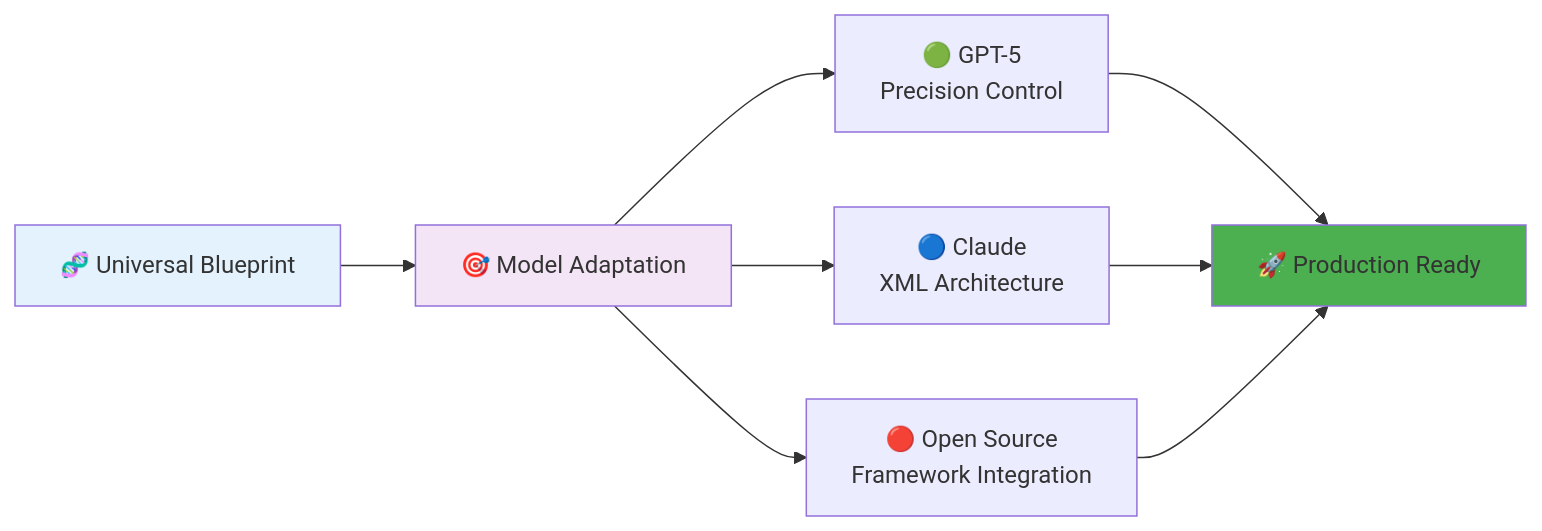
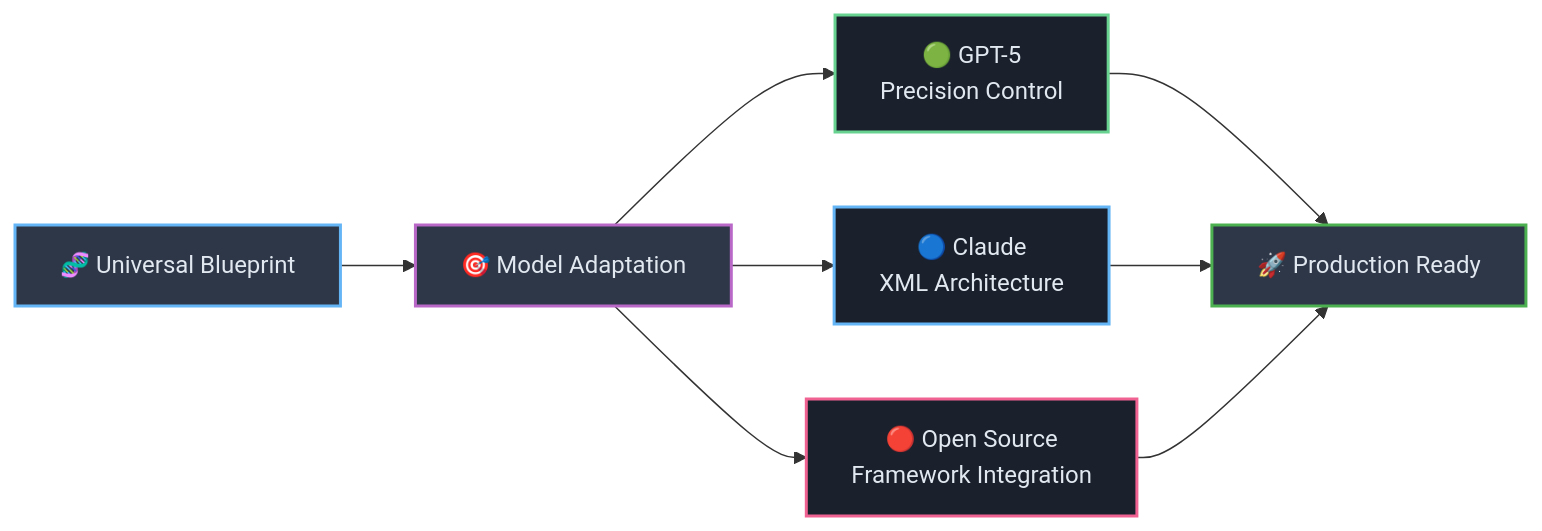
Before and after one commit to josemlopez/prompt_tutorial: the sixth of 6 diagrams in Part_II_Section_6_Implementing_Agentic_Blueprints_Model-Specific_Architectures.md, drawn with Mermaid. The commit also changed other lines of this file and 7 other files, not shown here.

````diff
--- a/Part_II_Section_6_Implementing_Agentic_Blueprints_Model-Specific_Architectures.md
+++ b/Part_II_Section_6_Implementing_Agentic_Blueprints_Model-Specific_Architectures.md
@@ -337,16 +348,19 @@
 ```mermaid
 graph LR
-    A[🧬 Universal Blueprint] --> B[🎯 Model Adaptation]
-    
-    B --> C[🟢 GPT-5<br/>Precision Control]
-    B --> D[🔵 Claude<br/>XML Architecture]
-    B --> E[🔴 Open Source<br/>Framework Integration]
-    
-    C --> F[🚀 Production Ready]
-    D --> F
-    E --> F
-    
-    style A fill:#e3f2fd
-    style B fill:#f3e5f5
-    style F fill:#4caf50
+   A[🧬 Universal Blueprint] --> B[🎯 Model Adaptation]
+   
+   B --> C[🟢 GPT-5<br/>Precision Control]
+   B --> D[🔵 Claude<br/>XML Architecture]
+   B --> E[🔴 Open Source<br/>Framework Integration]
+   
+   C --> F[🚀 Production Ready]
+   D --> F
+   E --> F
+   
+   style A fill:#2d3748,stroke:#64b5f6,stroke-width:2px,color:#e2e8f0
+   style B fill:#2d3748,stroke:#ba68c8,stroke-width:2px,color:#e2e8f0
+   style C fill:#1a202c,stroke:#68d391,stroke-width:2px,color:#e2e8f0
+   style D fill:#1a202c,stroke:#64b5f6,stroke-width:2px,color:#e2e8f0
+   style E fill:#1a202c,stroke:#f06292,stroke-width:2px,color:#e2e8f0
+   style F fill:#2d3748,stroke:#4caf50,stroke-width:2px,color:#e2e8f0
 ```
````
